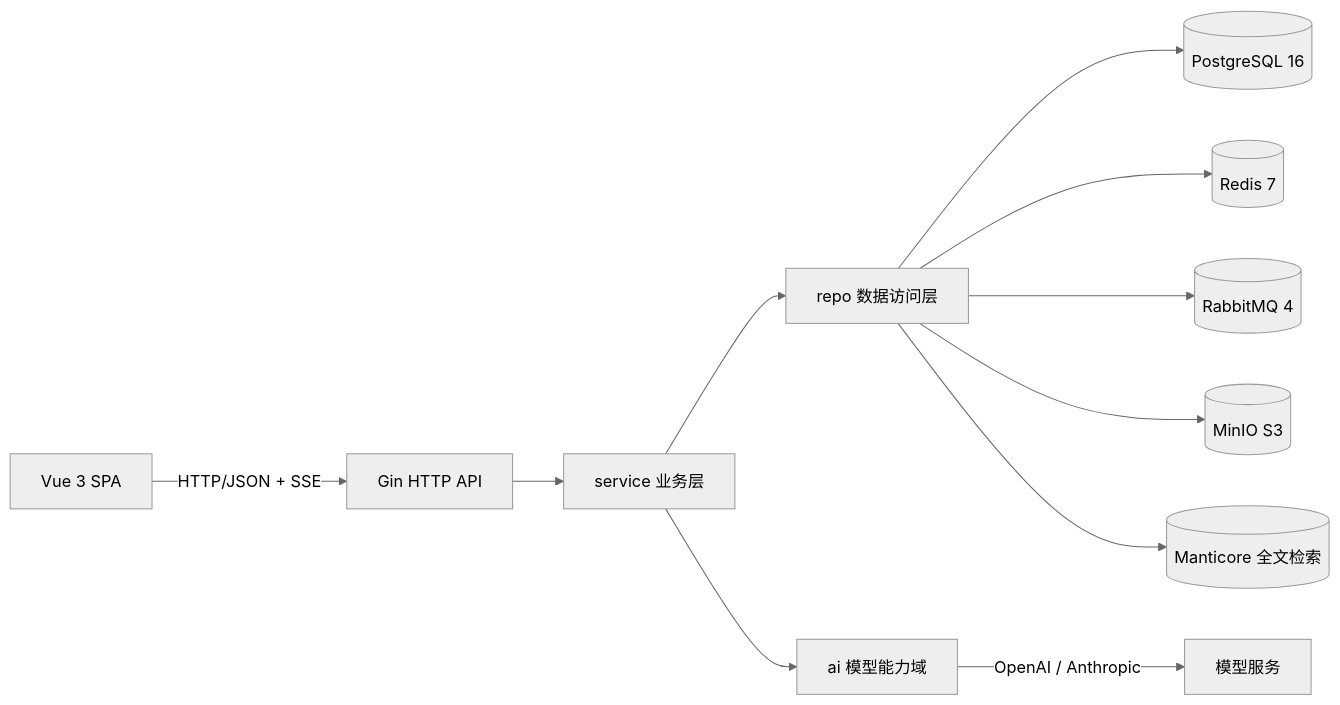
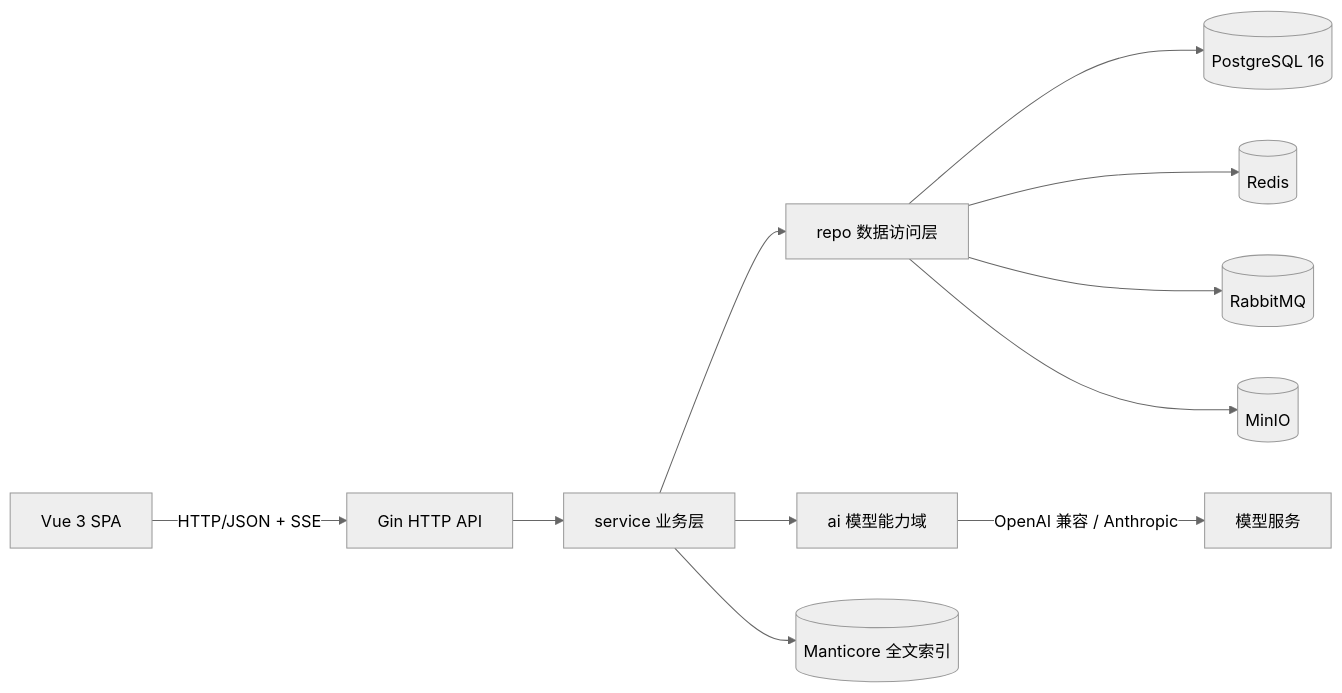
One commit to 2132691342/NovelWorkbench changed the first of 2 diagrams in doc/architecture.md. Above: the diagram before and after it, drawn with Mermaid (neutral theme). The commit also changed other lines of this file and 74 other files, not shown here.

````diff
--- a/doc/architecture.md
+++ b/doc/architecture.md
@@ -24,13 +21,13 @@
 ```mermaid
 flowchart LR
   FE[Vue 3 SPA] -->|HTTP/JSON + SSE| API[Gin HTTP API]
   API --> SVC[service 业务层]
   SVC --> REPO[repo 数据访问层]
   SVC --> AI[ai 模型能力域]
   REPO --> PG[(PostgreSQL 16)]
-  REPO --> REDIS[(Redis 7)]
-  REPO --> MQ[(RabbitMQ 4)]
-  REPO --> MINIO[(MinIO S3)]
-  REPO --> MANTICORE[(Manticore 全文检索)]
-  AI -->|OpenAI / Anthropic| LLM[模型服务]
+  REPO --> REDIS[(Redis)]
+  REPO --> MQ[(RabbitMQ)]
+  REPO --> MINIO[(MinIO)]
+  SVC --> MC[(Manticore 全文索引)]
+  AI -->|OpenAI 兼容 / Anthropic| LLM[模型服务]
 ```
````
